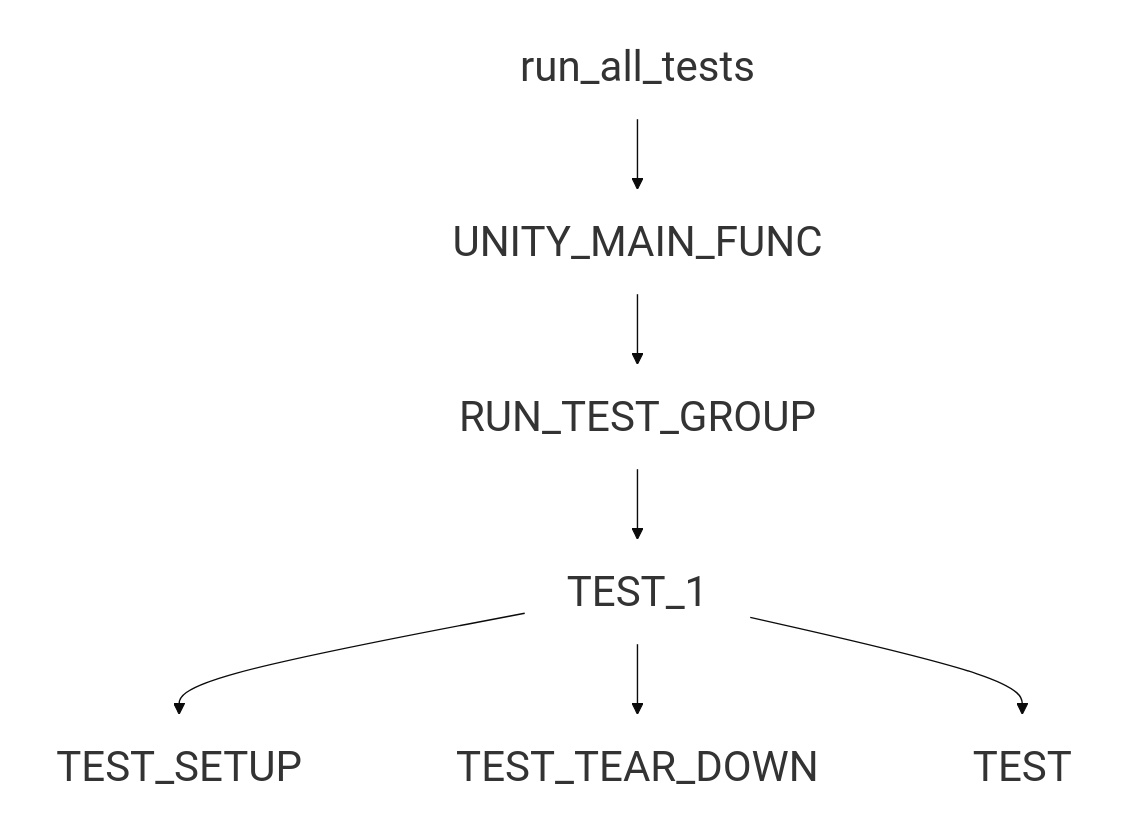
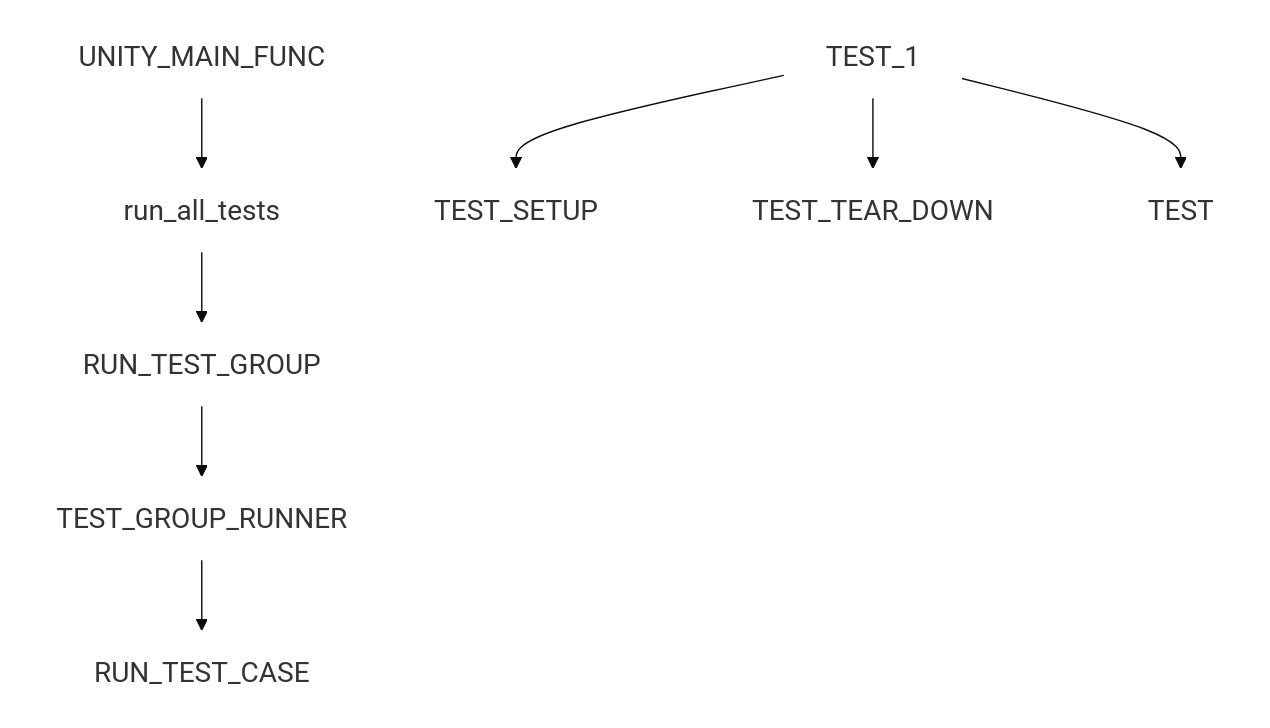
One commit to segin-GH/TDD-4-Embedded changed the diagram in testFixtures/README.md. Above: the diagram before and after it, drawn with Mermaid.

````diff
--- a/testFixtures/README.md
+++ b/testFixtures/README.md
@@ -3,13 +3,14 @@
 ```mermaid
-%%{init: {'theme': 'base', 'themeVariables': { 'primaryColor': '#0000', 'edgeLabelBackground':'#ffffee','fontSize':'30px', 'tertiaryColor': '#fff0f0'}}}%%
+%%{init: {'theme': 'base', 'themeVariables': { 'primaryColor': '#0000', 'edgeLabelBackground':'#ffffee','fontSize':'20px', 'tertiaryColor': '#fff0f0'}}}%%
 
 graph TD
 
-run_all_tests --> UNITY_MAIN_FUNC
-UNITY_MAIN_FUNC --> RUN_TEST_GROUP
-RUN_TEST_GROUP --> TEST_1
+UNITY_MAIN_FUNC --> run_all_tests
+run_all_tests --> RUN_TEST_GROUP
+RUN_TEST_GROUP --> TEST_GROUP_RUNNER
+TEST_GROUP_RUNNER --> RUN_TEST_CASE
 TEST_1 --> TEST_SETUP
 TEST_1 --> TEST_TEAR_DOWN
 TEST_1 --> TEST
 
 ```
````
